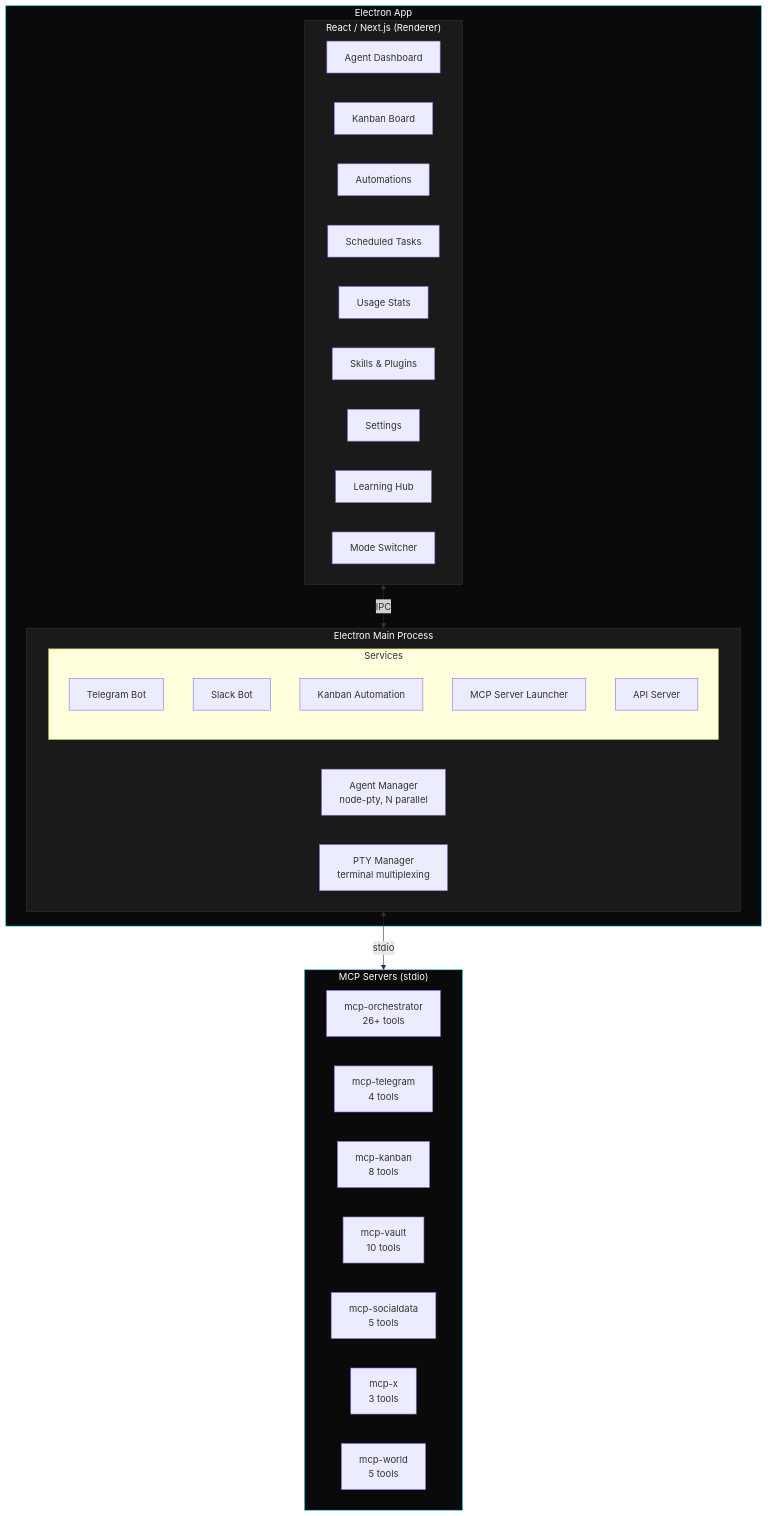
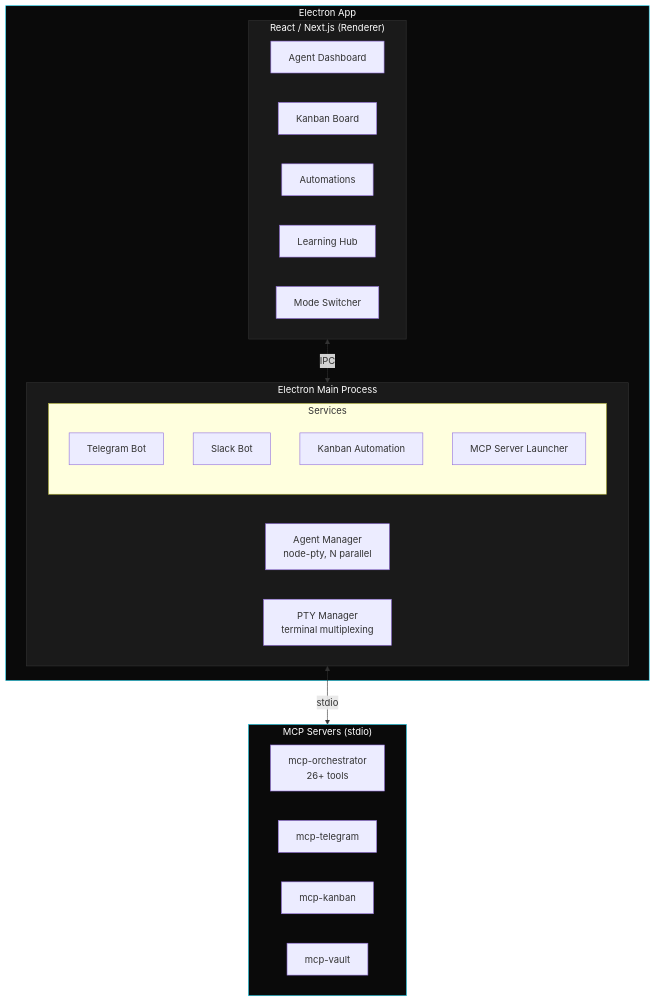
Before and after one commit to CodeTonight-SA/GRIP-GUI: the first of 2 diagrams in README.md, drawn with Mermaid. The commit also changed other lines of this file and 4 other files, not shown here.

First line of the commit message:
refactor: simplify README to focus on GRIP architecture

````diff
--- a/README.md
+++ b/README.md
@@ -72,47 +45,39 @@
 ```mermaid
 graph TB
     subgraph Electron["Electron App"]
         subgraph Renderer["React / Next.js (Renderer)"]
             Dashboard[Agent Dashboard]
             Kanban[Kanban Board]
             Automations[Automations]
-            Scheduler[Scheduled Tasks]
-            Usage[Usage Stats]
-            Skills[Skills & Plugins]
-            Settings[Settings]
             Learn[Learning Hub]
             Modes[Mode Switcher]
         end
 
         subgraph Main["Electron Main Process"]
             AgentMgr[Agent Manager<br/>node-pty, N parallel]
             PTY[PTY Manager<br/>terminal multiplexing]
             subgraph Services
                 Telegram[Telegram Bot]
                 Slack[Slack Bot]
                 KanbanAuto[Kanban Automation]
                 MCPLauncher[MCP Server Launcher]
-                API[API Server]
             end
         end
 
         Renderer <-->|IPC| Main
     end
 
     subgraph MCP["MCP Servers (stdio)"]
         Orchestrator[mcp-orchestrator<br/>26+ tools]
-        MCPTelegram[mcp-telegram<br/>4 tools]
-        MCPKanban[mcp-kanban<br/>8 tools]
-        MCPVault[mcp-vault<br/>10 tools]
-        MCPSocial[mcp-socialdata<br/>5 tools]
-        MCPX[mcp-x<br/>3 tools]
-        MCPWorld[mcp-world<br/>5 tools]
+        MCPTelegram[mcp-telegram]
+        MCPKanban[mcp-kanban]
+        MCPVault[mcp-vault]
     end
 
     Main <-->|stdio| MCP
 
     style Electron fill:#0a0a0a,stroke:#22d3ee,color:#fff
     style Renderer fill:#1a1a1a,stroke:#333,color:#fff
     style Main fill:#1a1a1a,stroke:#333,color:#fff
     style MCP fill:#0a0a0a,stroke:#22d3ee,color:#fff
 ```
````
